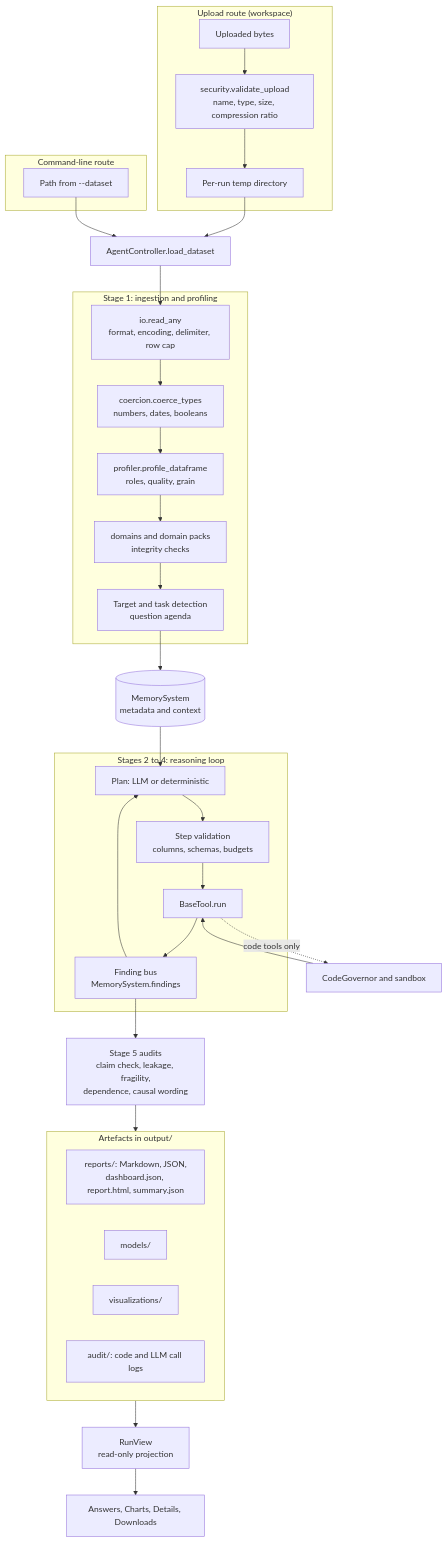
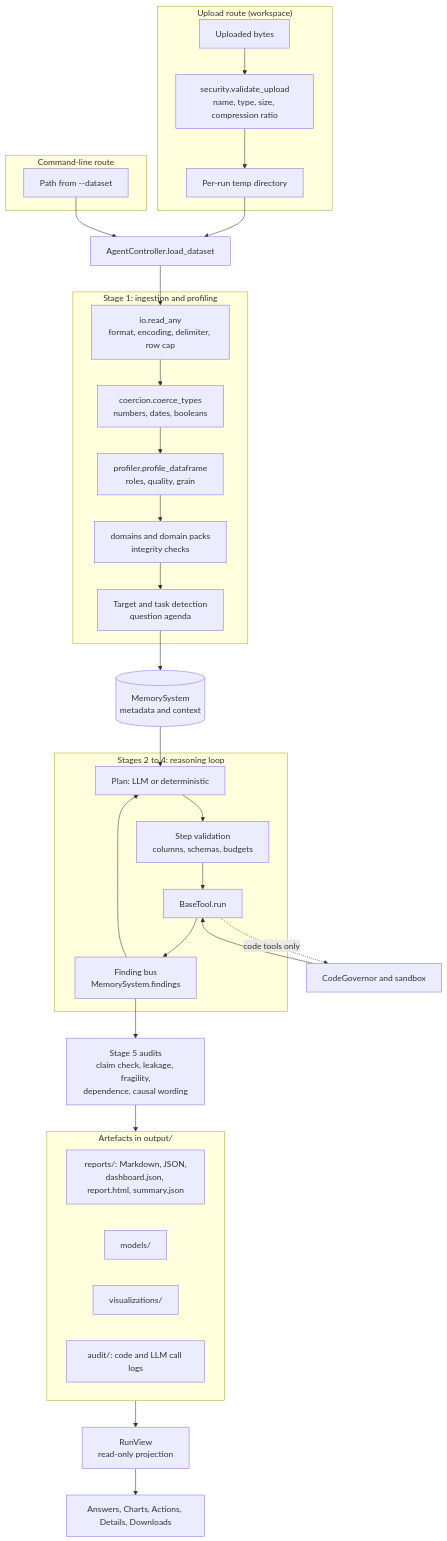
The third of 11 diagrams in README.md (shahdaksh050/Sorrel-project), drawn with Mermaid before and after one commit. The commit also changed other lines of this file, not shown here.

Commit message:
docs: update README for 41 tools, 5 workspace tabs, 10 universal archetypes, and master cockpit UI

````diff
--- a/README.md
+++ b/README.md
@@ -208,50 +209,50 @@
 ```mermaid
 flowchart TB
     subgraph in_ui["Upload route (workspace)"]
         up["Uploaded bytes"] --> sec["security.validate_upload<br/>name, type, size, compression ratio"]
         sec --> tmp["Per-run temp directory"]
     end
     subgraph in_cli["Command-line route"]
         path["Path from --dataset"]
     end
 
     tmp --> load["AgentController.load_dataset"]
     path --> load
 
     subgraph prep["Stage 1: ingestion and profiling"]
         read["io.read_any<br/>format, encoding, delimiter, row cap"]
         coerce["coercion.coerce_types<br/>numbers, dates, booleans"]
         profile["profiler.profile_dataframe<br/>roles, quality, grain"]
         domain["domains and domain packs<br/>integrity checks"]
         target["Target and task detection<br/>question agenda"]
         read --> coerce --> profile --> domain --> target
     end
     load --> read
 
     target --> memstore[("MemorySystem<br/>metadata and context")]
 
     subgraph loop["Stages 2 to 4: reasoning loop"]
         plan["Plan: LLM or deterministic"]
         validate["Step validation<br/>columns, schemas, budgets"]
         run["BaseTool.run"]
         plan --> validate --> run
         run --> bus["Finding bus<br/>MemorySystem.findings"]
         bus --> plan
     end
     memstore --> plan
     run -. "code tools only" .-> gov["CodeGovernor and sandbox"]
     gov --> run
 
     bus --> audits["Stage 5 audits<br/>claim check, leakage, fragility,<br/>dependence, causal wording"]
     audits --> artefacts
 
     subgraph artefacts["Artefacts in output/"]
         rep["reports/: Markdown, JSON,<br/>dashboard.json, report.html, summary.json"]
         mod["models/"]
         viz["visualizations/"]
         aud["audit/: code and LLM call logs"]
     end
 
     artefacts --> view["RunView<br/>read-only projection"]
-    view --> tabs["Answers, Charts, Details, Downloads"]
+    view --> tabs["Answers, Charts, Actions, Details, Downloads"]
 ```
````
